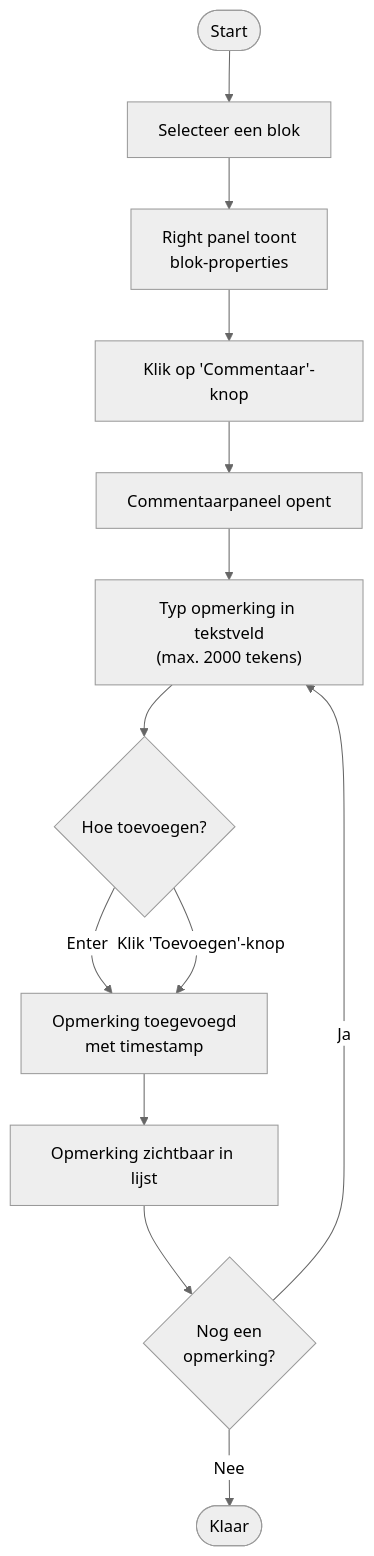
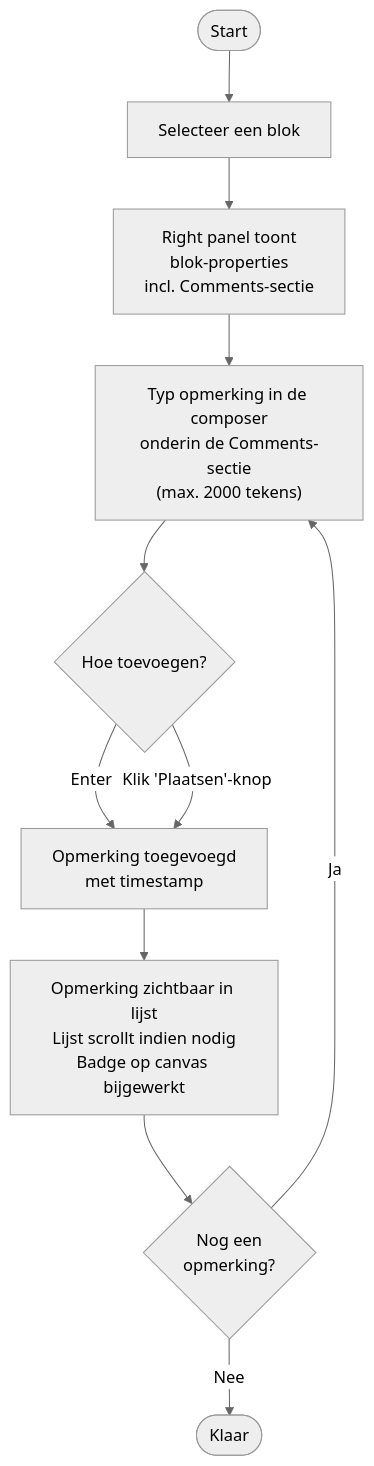
One commit to GRJX/mmd-flowchart changed diagram 12 of 18 in docs/USERFLOWS.md. Above: the diagram before and after it, drawn with Mermaid (neutral theme). The commit also changed other lines of this file and 57 other files, not shown here.

````diff
--- a/docs/USERFLOWS.md
+++ b/docs/USERFLOWS.md
@@ -176,15 +248,13 @@
 ```mermaid
 flowchart TD
     A([Start]) --> B[Selecteer een blok]
-    B --> C["Right panel toont<br>blok-properties"]
-    C --> D[Klik op 'Commentaar'-knop]
-    D --> E[Commentaarpaneel opent]
-    E --> F["Typ opmerking in tekstveld<br>(max. 2000 tekens)"]
-    F --> G{Hoe toevoegen?}
-    G -- Enter --> H["Opmerking toegevoegd<br>met timestamp"]
-    G -- "Klik 'Toevoegen'-knop" --> H
-    H --> I[Opmerking zichtbaar in lijst]
-    I --> J{"Nog een<br>opmerking?"}
-    J -- Ja --> F
-    J -- Nee --> K([Klaar])
+    B --> C["Right panel toont<br>blok-properties<br>incl. Comments-sectie"]
+    C --> D["Typ opmerking in de composer<br>onderin de Comments-sectie<br>(max. 2000 tekens)"]
+    D --> E{Hoe toevoegen?}
+    E -- Enter --> F["Opmerking toegevoegd<br>met timestamp"]
+    E -- "Klik 'Plaatsen'-knop" --> F
+    F --> G["Opmerking zichtbaar in lijst<br>Lijst scrollt indien nodig<br>Badge op canvas bijgewerkt"]
+    G --> H{"Nog een<br>opmerking?"}
+    H -- Ja --> D
+    H -- Nee --> I([Klaar])
 ```
````
